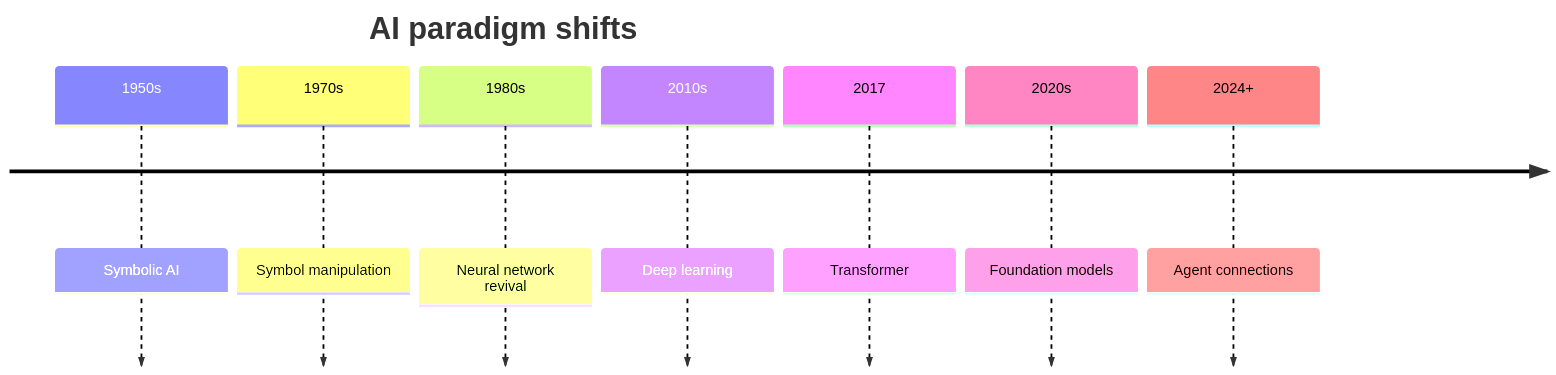
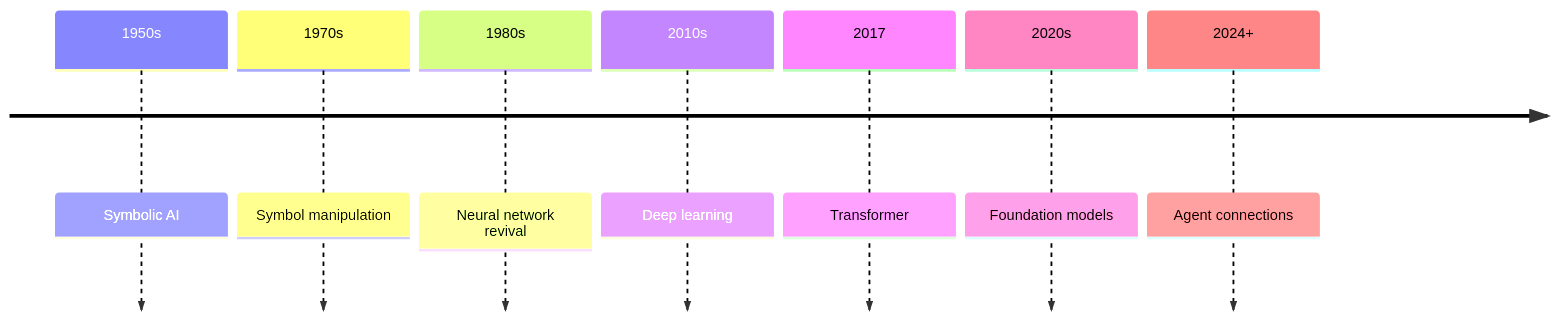
One commit to daylight55/research changed the second of 13 diagrams in articles/report/ai-llm-ontology-memory/en/index.mdx. Above: the diagram before and after it, drawn with Mermaid. The commit also changed other lines of this file and 181 other files, not shown here.

First line of the commit message:
全記事の図解368点を再生成し、共通注意書きを削除 (#402)

````diff
--- a/articles/report/ai-llm-ontology-memory/en/index.mdx
+++ b/articles/report/ai-llm-ontology-memory/en/index.mdx
@@ -57,11 +65,14 @@
 ```mermaid
 timeline
-  title AI paradigm shifts
+  accTitle: From symbolic AI to externally connected agents
+  accDescr: These approaches coexist rather than simply replacing one another. The timeline marks changes in symbolic representation, learning and external connections.
+  accTitle: From symbolic AI to externally connected agents
+  accDescr: These approaches coexist rather than simply replacing one another. The timeline marks changes in symbolic representation, learning and external connections.
   1950s : Symbolic AI
   1970s : Symbol manipulation
   1980s : Neural network revival
   2010s : Deep learning
   2017 : Transformer
   2020s : Foundation models
   2024+ : Agent connections
 ```
````
